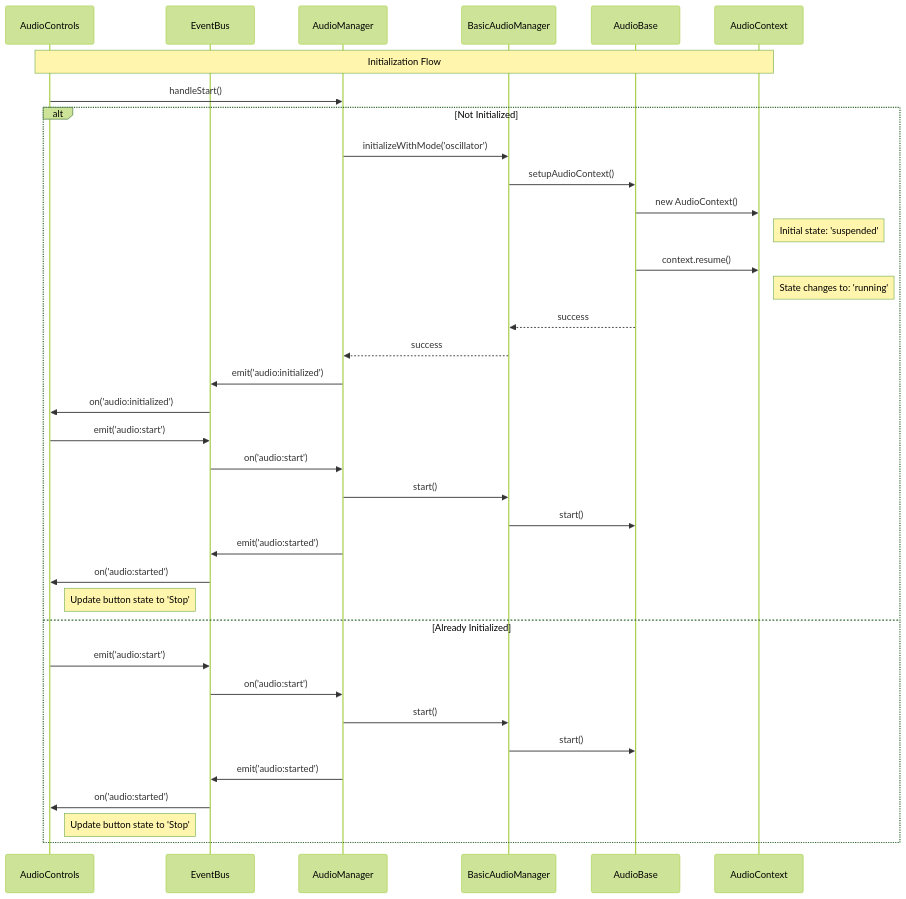
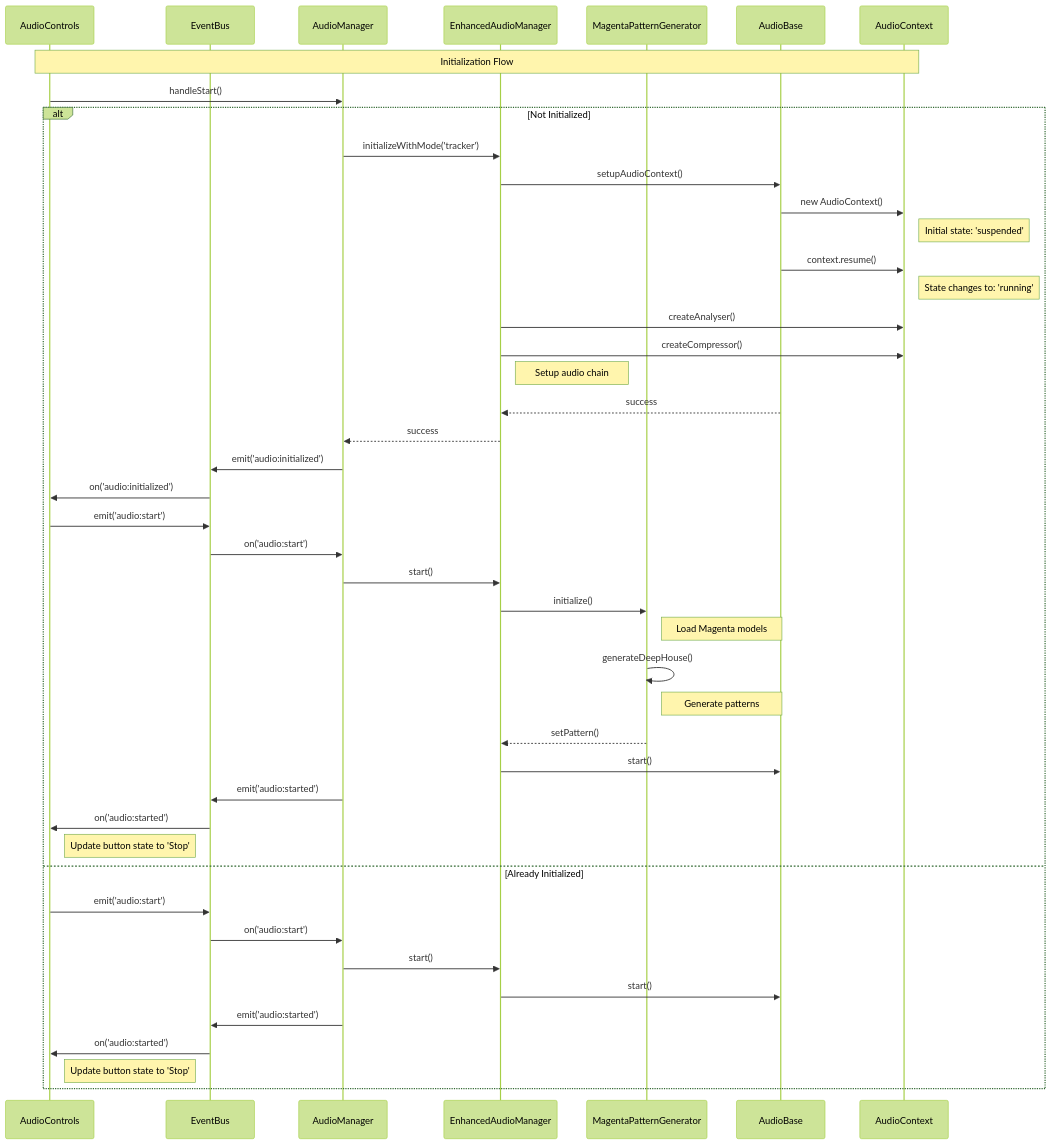
The first of 4 diagrams in diagrams/audio-flow.md (mgantlett/audio-viz), drawn with Mermaid (forest theme) before and after one commit. The commit also changed other lines of this file and 9 other files, not shown here.

First line of the commit message:
feat(audio): enhance audio system with Magenta pattern generation

````diff
--- a/diagrams/audio-flow.md
+++ b/diagrams/audio-flow.md
@@ -9,39 +9,48 @@
 ```mermaid
 sequenceDiagram
     participant UI as AudioControls
     participant EB as EventBus
     participant AM as AudioManager
-    participant BM as BasicAudioManager
+    participant EM as EnhancedAudioManager
+    participant MG as MagentaPatternGenerator
     participant AB as AudioBase
     participant AC as AudioContext
 
     Note over UI,AC: Initialization Flow
     UI->>AM: handleStart()
     alt Not Initialized
-        AM->>BM: initializeWithMode('oscillator')
-        BM->>AB: setupAudioContext()
+        AM->>EM: initializeWithMode('tracker')
+        EM->>AB: setupAudioContext()
         AB->>AC: new AudioContext()
         Note right of AC: Initial state: 'suspended'
         AB->>AC: context.resume()
         Note right of AC: State changes to: 'running'
-        AB-->>BM: success
-        BM-->>AM: success
+        EM->>AC: createAnalyser()
+        EM->>AC: createCompressor()
+        Note right of EM: Setup audio chain
+        AB-->>EM: success
+        EM-->>AM: success
         AM->>EB: emit('audio:initialized')
         EB->>UI: on('audio:initialized')
         UI->>EB: emit('audio:start')
         EB->>AM: on('audio:start')
-        AM->>BM: start()
-        BM->>AB: start()
+        AM->>EM: start()
+        EM->>MG: initialize()
+        Note right of MG: Load Magenta models
+        MG->>MG: generateDeepHouse()
+        Note right of MG: Generate patterns
+        MG-->>EM: setPattern()
+        EM->>AB: start()
         AM->>EB: emit('audio:started')
         EB->>UI: on('audio:started')
         Note right of UI: Update button state to 'Stop'
     else Already Initialized
         UI->>EB: emit('audio:start')
         EB->>AM: on('audio:start')
-        AM->>BM: start()
-        BM->>AB: start()
+        AM->>EM: start()
+        EM->>AB: start()
         AM->>EB: emit('audio:started')
         EB->>UI: on('audio:started')
         Note right of UI: Update button state to 'Stop'
     end
 ```
````
